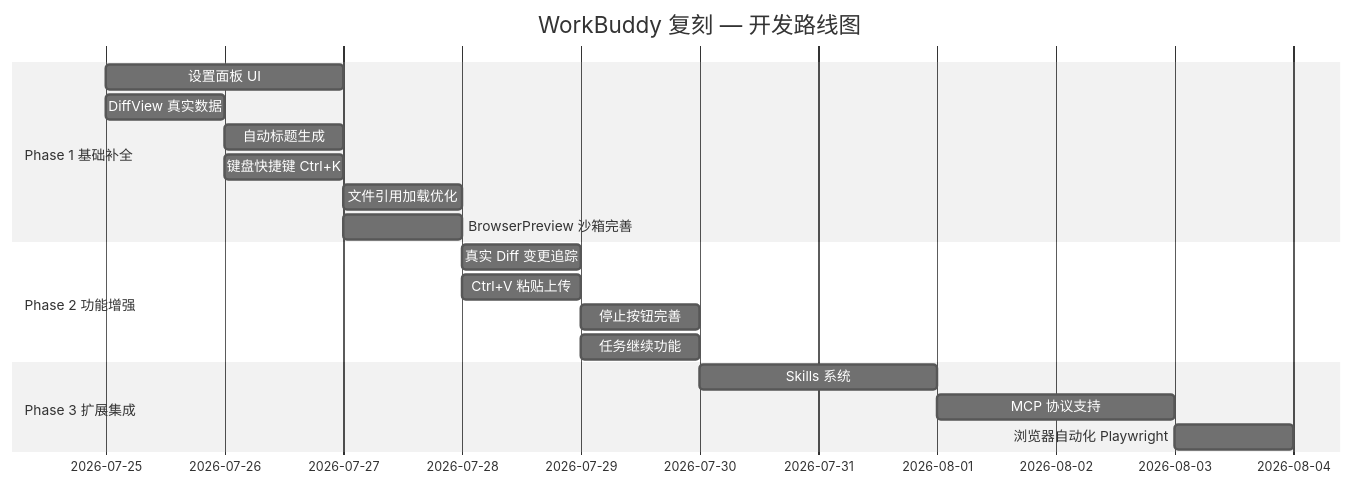
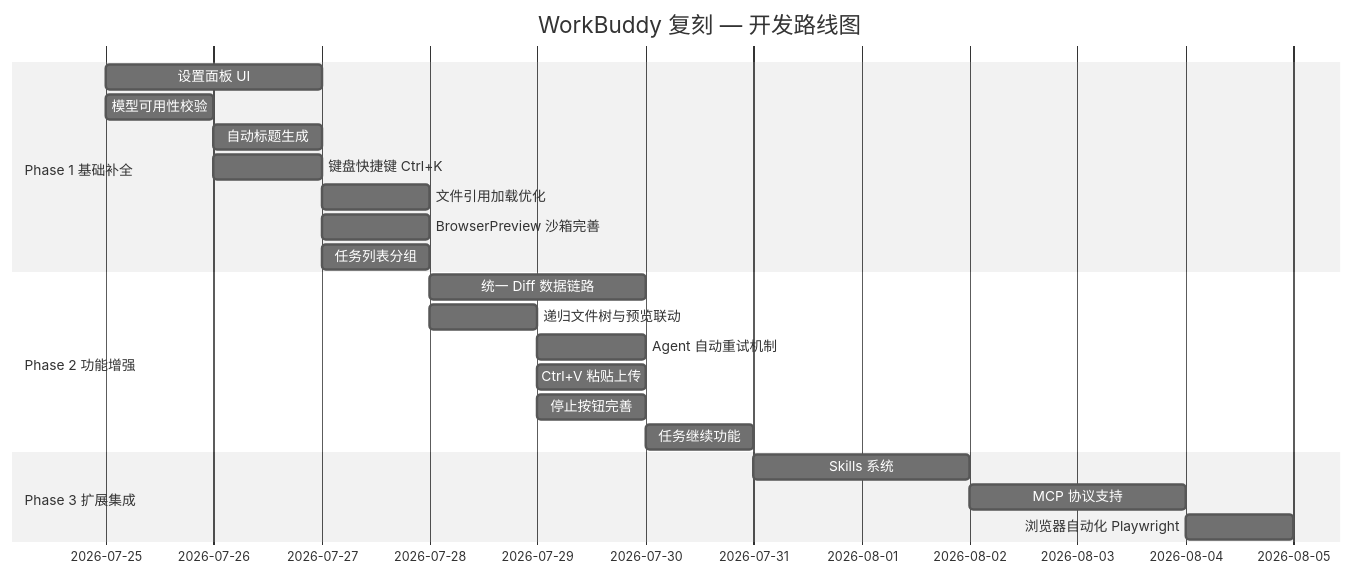
One commit to pengjinning/openbudy changed the diagram in IMPLEMENTATION_PLAN.md. Above: the diagram before and after it, drawn with Mermaid (neutral theme). The commit also changed other lines of this file, not shown here.

````diff
--- a/IMPLEMENTATION_PLAN.md
+++ b/IMPLEMENTATION_PLAN.md
@@ -65,21 +65,24 @@
 ```mermaid
 gantt
     title WorkBuddy 复刻 — 开发路线图
     dateFormat  YYYY-MM-DD
     section Phase 1 基础补全
     设置面板 UI           :p1a, 2026-07-25, 2d
-    DiffView 真实数据      :p1b, 2026-07-25, 1d
+    模型可用性校验         :p1b, 2026-07-25, 0.5d
     自动标题生成           :p1c, 2026-07-26, 0.5d
     键盘快捷键 Ctrl+K      :p1d, 2026-07-26, 0.5d
     文件引用加载优化        :p1e, 2026-07-27, 0.5d
     BrowserPreview 沙箱完善  :p1f, 2026-07-27, 0.5d
+    任务列表分组           :p1g, 2026-07-27, 0.5d
     section Phase 2 功能增强
-    真实 Diff 变更追踪      :p2a, 2026-07-28, 1d
-    Ctrl+V 粘贴上传         :p2b, 2026-07-28, 0.5d
-    停止按钮完善            :p2c, 2026-07-29, 0.5d
-    任务继续功能            :p2d, 2026-07-29, 1d
+    统一 Diff 数据链路      :p2a, 2026-07-28, 1.5d
+    递归文件树与预览联动     :p2b, 2026-07-28, 0.5d
+    Agent 自动重试机制      :p2c, 2026-07-29, 1d
+    Ctrl+V 粘贴上传         :p2d, 2026-07-29, 0.5d
+    停止按钮完善            :p2e, 2026-07-29, 0.5d
+    任务继续功能            :p2f, 2026-07-30, 1d
     section Phase 3 扩展集成
-    Skills 系统            :p3a, after p2d, 2d
+    Skills 系统            :p3a, after p2f, 2d
     MCP 协议支持           :p3b, after p3a, 2d
     浏览器自动化 Playwright  :p3c, after p3b, 1d
 ```
````
